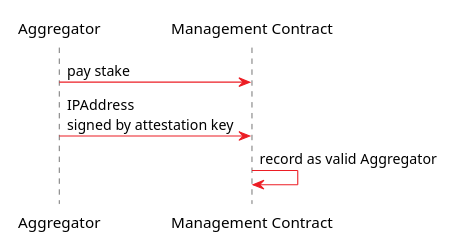
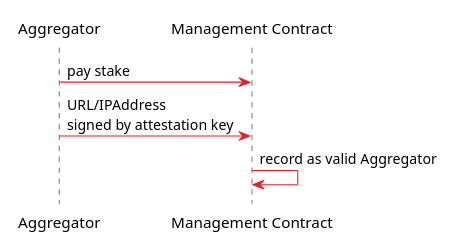
Before and after one commit to ten-protocol/ten-whitepaper: the diagram in interaction-uml/aggregator-stake.plantuml, drawn with PlantUML. The commit also changed 13 other files, not shown here.

```diff
--- a/interaction-uml/aggregator-stake.plantuml
+++ b/interaction-uml/aggregator-stake.plantuml
@@ -1,26 +1,26 @@
 @startuml
 !pragma teoz true
 skinparam monochrome false
 skinparam roundcorner 15
 skinparam shadowing false
 skinparam sequence{
   ArrowColor #EC1D24
   ParticipantBackgroundColor White
   ParticipantBorderColor White
   NoteBackgroundColor White
   NoteBorderColor Black
   ActorBorderColor Black
   ActorBackgroundColor White
   LifeLineBorderColor Black
 }
 skinparam note{
   BorderColor Black
   BackgroundColor White
 }
 
 participant A0 as "Aggregator"
 participant KMS as "Management Contract"
 A0 -> KMS: pay stake
-A0 -> KMS: IPAddress\nsigned by attestation key
+A0 -> KMS: URL/IPAddress\nsigned by attestation key
 KMS -> KMS: record as valid Aggregator
 @enduml
```
